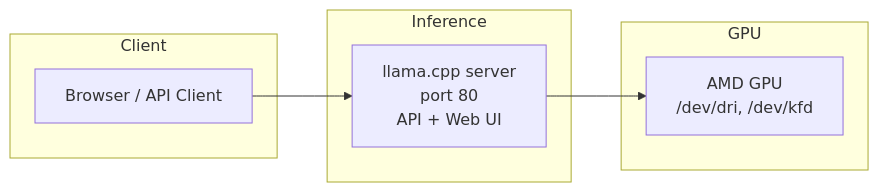
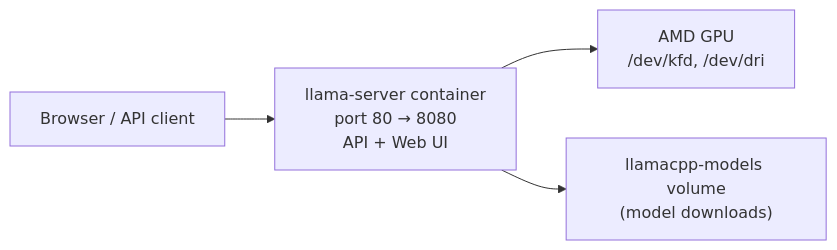
Before and after one commit to edepree/llm: the diagram in README.md, drawn with Mermaid. The commit also changed other lines of this file and 2 other files, not shown here.

Commit message:
docs: document single container mode; track uv.lock

````diff
--- a/README.md
+++ b/README.md
@@ -107,17 +55,6 @@
 ```mermaid
 flowchart LR
-    subgraph Client
-        BROWSER["Browser / API Client"]
-    end
-
-    subgraph Inference
-        LLAMA["llama.cpp server\nport 80\nAPI + Web UI"]
-    end
-
-    subgraph GPU
-        ROCM["AMD GPU\n/dev/dri, /dev/kfd"]
-    end
-
-    BROWSER --> LLAMA
-    LLAMA --> ROCM
+    CLIENT["Browser / API client"] --> LLAMA["llama-server container\nport 80 → 8080\nAPI + Web UI"]
+    LLAMA --> GPU["AMD GPU\n/dev/kfd, /dev/dri"]
+    LLAMA --> CACHE["llamacpp-models volume\n(model downloads)"]
 ```
````
